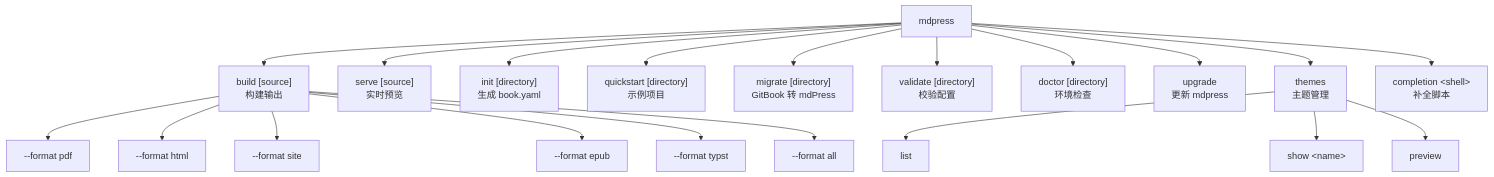
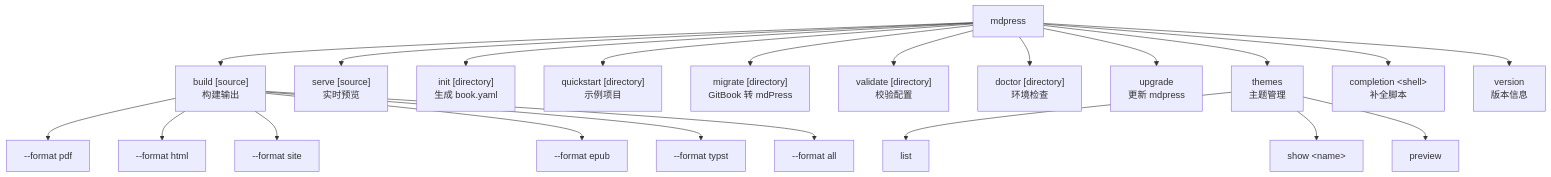
Before and after one commit to yeasy/mdPress: the first of 2 diagrams in docs/COMMANDS_zh.md, drawn with Mermaid. The commit also changed other lines of this file and 4 other files, not shown here.

````diff
--- a/docs/COMMANDS_zh.md
+++ b/docs/COMMANDS_zh.md
@@ -9,26 +9,27 @@
 ```mermaid
 flowchart TD
     root["mdpress"]
 
     root --> build["build [source]<br/>构建输出"]
     root --> serve["serve [source]<br/>实时预览"]
     root --> init["init [directory]<br/>生成 book.yaml"]
     root --> quickstart["quickstart [directory]<br/>示例项目"]
     root --> migrate["migrate [directory]<br/>GitBook 转 mdPress"]
     root --> validate["validate [directory]<br/>校验配置"]
     root --> doctor["doctor [directory]<br/>环境检查"]
     root --> upgrade["upgrade<br/>更新 mdpress"]
     root --> themes["themes<br/>主题管理"]
     root --> completion["completion &lt;shell&gt;<br/>补全脚本"]
+    root --> version["version<br/>版本信息"]
 
     themes --> list["list"]
     themes --> show["show &lt;name&gt;"]
     themes --> preview["preview"]
 
     build --> pdf["--format pdf"]
     build --> html["--format html"]
     build --> site["--format site"]
     build --> epub["--format epub"]
     build --> typst["--format typst"]
     build --> all["--format all"]
 ```
````
